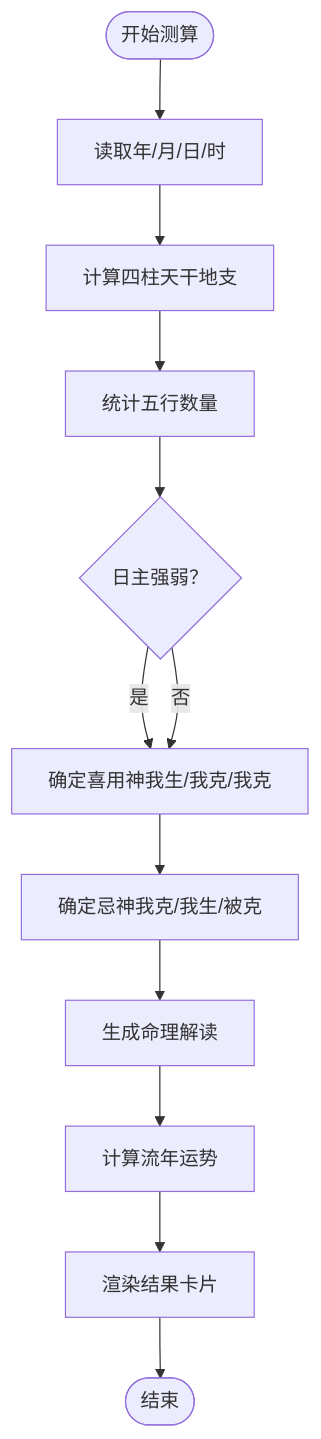
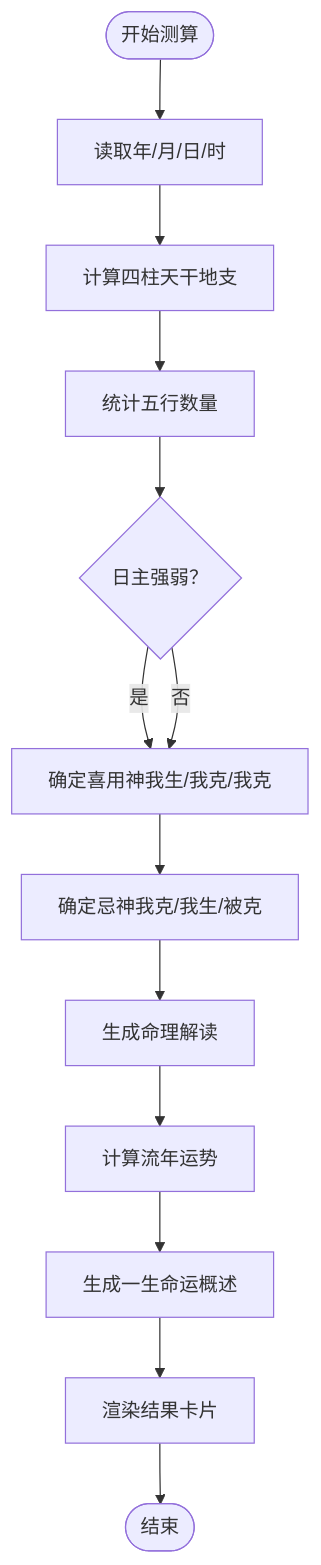
One commit to liudaba/Mysterious-Fate-Theory-One-Test-Knows changed the fourth of 9 diagrams in .qoder/repowiki/zh/content/网页应用主文件.md. Above: the diagram before and after it, drawn with Mermaid. The commit also changed other lines of this file and 2 other files, not shown here.

````diff
--- a/.qoder/repowiki/zh/content/网页应用主文件.md
+++ b/.qoder/repowiki/zh/content/网页应用主文件.md
@@ -176,14 +183,15 @@
 ```mermaid
 flowchart TD
 Start(["开始测算"]) --> GetInputs["读取年/月/日/时"]
 GetInputs --> CalcBazi["计算四柱天干地支"]
 CalcBazi --> CountWX["统计五行数量"]
 CountWX --> JudgeQiangRuo{"日主强弱？"}
 JudgeQiangRuo --> |是| Xiyong["确定喜用神我生/我克/我克"]
 JudgeQiangRuo --> |否| Xiyong
 Xiyong --> Jishen["确定忌神我克/我生/被克"]
 Jishen --> Readings["生成命理解读"]
 Readings --> YearLuck["计算流年运势"]
-YearLuck --> Render["渲染结果卡片"]
+YearLuck --> LifeReadings["生成一生命运概述"]
+LifeReadings --> Render["渲染结果卡片"]
 Render --> End(["结束"])
 ```
````
